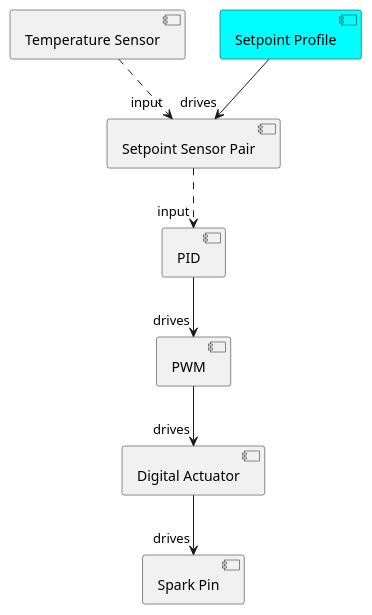
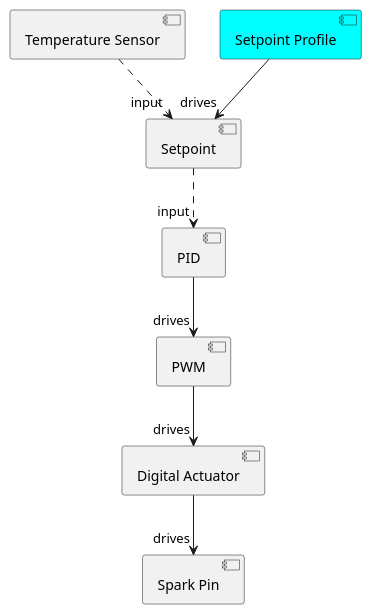
One commit to BrewBlox/brewblox-documentation changed the diagram in docs/uml/profile_chain.puml. Above: the diagram before and after it, drawn with PlantUML. The commit also changed 5 other files, not shown here.

Commit message:
fix naming in plant uml

```diff
--- a/docs/uml/profile_chain.puml
+++ b/docs/uml/profile_chain.puml
@@ -1,17 +1,17 @@
 @startuml Profile control chain
 component Sensor as "Temperature Sensor"
 component Profile as "Setpoint Profile" #Cyan
-component SSP as "Setpoint Sensor Pair"
+component Setpoint
 component PID
 component PWM
 component Digital as "Digital Actuator"
 component Pin as "Spark Pin"
 
-Sensor .down.> "input" SSP
-Profile -down-> "drives" SSP
-SSP .down.> "input" PID
+Sensor .down.> "input" Setpoint
+Profile -down-> "drives" Setpoint
+Setpoint .down.> "input" PID
 PID -down-> "drives" PWM
 PWM -down-> "drives" Digital
 Digital -down-> "drives" Pin
 
 @enduml
```
